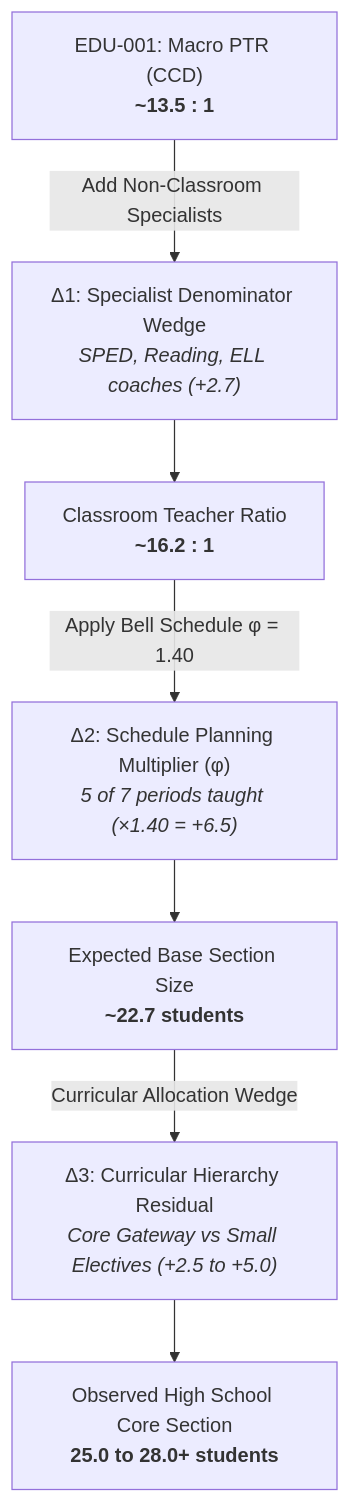
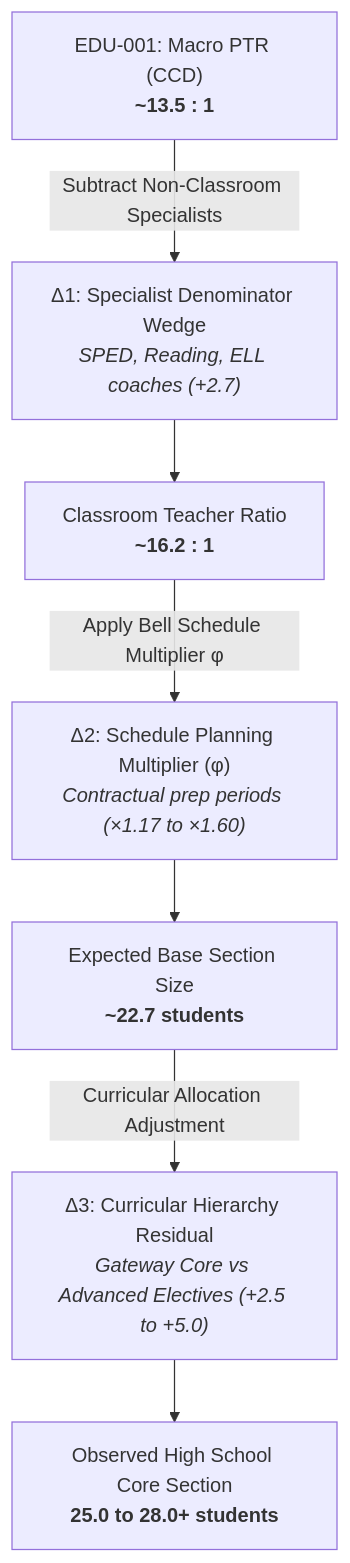
The second of 2 diagrams in 2026/2026-09-26-education-data-observatory/measures/EDU-001-pupil-teacher-ratio/README.md (admiralorbiter/computational-sketchbook), drawn with Mermaid before and after one commit. The commit also changed other lines of this file and 6 other files, not shown here.

````diff
--- a/2026/2026-09-26-education-data-observatory/measures/EDU-001-pupil-teacher-ratio/README.md
+++ b/2026/2026-09-26-education-data-observatory/measures/EDU-001-pupil-teacher-ratio/README.md
@@ -153,17 +199,17 @@
 ```mermaid
 flowchart TD
     PTR["EDU-001: Macro PTR (CCD)<br/><b>~13.5 : 1</b>"]
     W1["Δ1: Specialist Denominator Wedge<br/><i>SPED, Reading, ELL coaches (+2.7)</i>"]
     PTR_C["Classroom Teacher Ratio<br/><b>~16.2 : 1</b>"]
-    W2["Δ2: Schedule Planning Multiplier (φ)<br/><i>5 of 7 periods taught (×1.40 = +6.5)</i>"]
+    W2["Δ2: Schedule Planning Multiplier (φ)<br/><i>Contractual prep periods (×1.17 to ×1.60)</i>"]
     EXP_SEC["Expected Base Section Size<br/><b>~22.7 students</b>"]
-    W3["Δ3: Curricular Hierarchy Residual<br/><i>Core Gateway vs Small Electives (+2.5 to +5.0)</i>"]
+    W3["Δ3: Curricular Hierarchy Residual<br/><i>Gateway Core vs Advanced Electives (+2.5 to +5.0)</i>"]
     ACT_SEC["Observed High School Core Section<br/><b>25.0 to 28.0+ students</b>"]
 
-    PTR -->|Add Non-Classroom Specialists| W1
+    PTR -->|Subtract Non-Classroom Specialists| W1
     W1 --> PTR_C
-    PTR_C -->|Apply Bell Schedule φ = 1.40| W2
+    PTR_C -->|Apply Bell Schedule Multiplier φ| W2
     W2 --> EXP_SEC
-    EXP_SEC -->|Curricular Allocation Wedge| W3
+    EXP_SEC -->|Curricular Allocation Adjustment| W3
     W3 --> ACT_SEC
 ```
````
